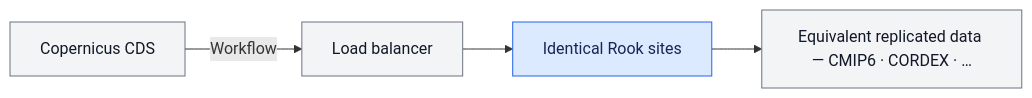
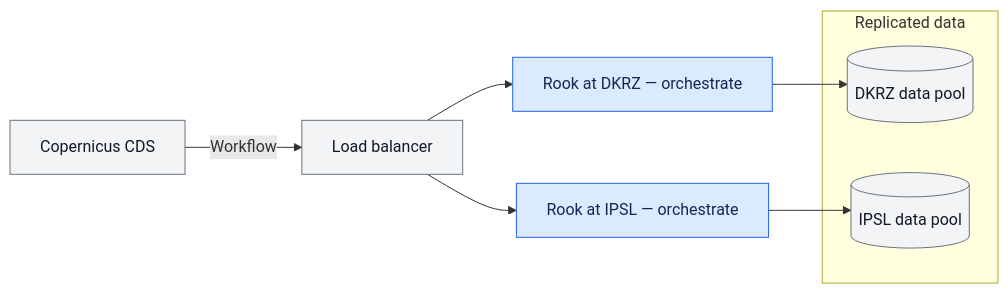
Before and after one commit to roocs/rook: the second of 10 diagrams in Rook_WPS_ESGF2_talk_draft.md, drawn with Mermaid. The commit also changed other lines of this file and 2 other files, not shown here.

````diff
--- a/Rook_WPS_ESGF2_talk_draft.md
+++ b/Rook_WPS_ESGF2_talk_draft.md
@@ -102,10 +89,16 @@
 ```mermaid
 flowchart LR
     CDS["Copernicus CDS"] -->|"Workflow"| LB["Load balancer"]
-    LB --> Rook["Identical Rook sites"]
-    Rook --> Data["Equivalent replicated data — CMIP6 · CORDEX · …"]
-
+    LB --> DKRZ["Rook at DKRZ — orchestrate"]
+    LB --> IPSL["Rook at IPSL — orchestrate"]
+    subgraph Replicated["Replicated data"]
+        DataDKRZ[("DKRZ data pool")]
+        DataIPSL[("IPSL data pool")]
+    end
+    DKRZ --> DataDKRZ
+    IPSL --> DataIPSL
     classDef default fill:#f3f4f6,stroke:#6b7280,color:#111827
     classDef rook fill:#dbeafe,stroke:#2563eb,color:#172554
-    class Rook rook
+    classDef new fill:#fef3c7,stroke:#b45309,color:#451a03
+    class DKRZ,IPSL rook
 ```
````
